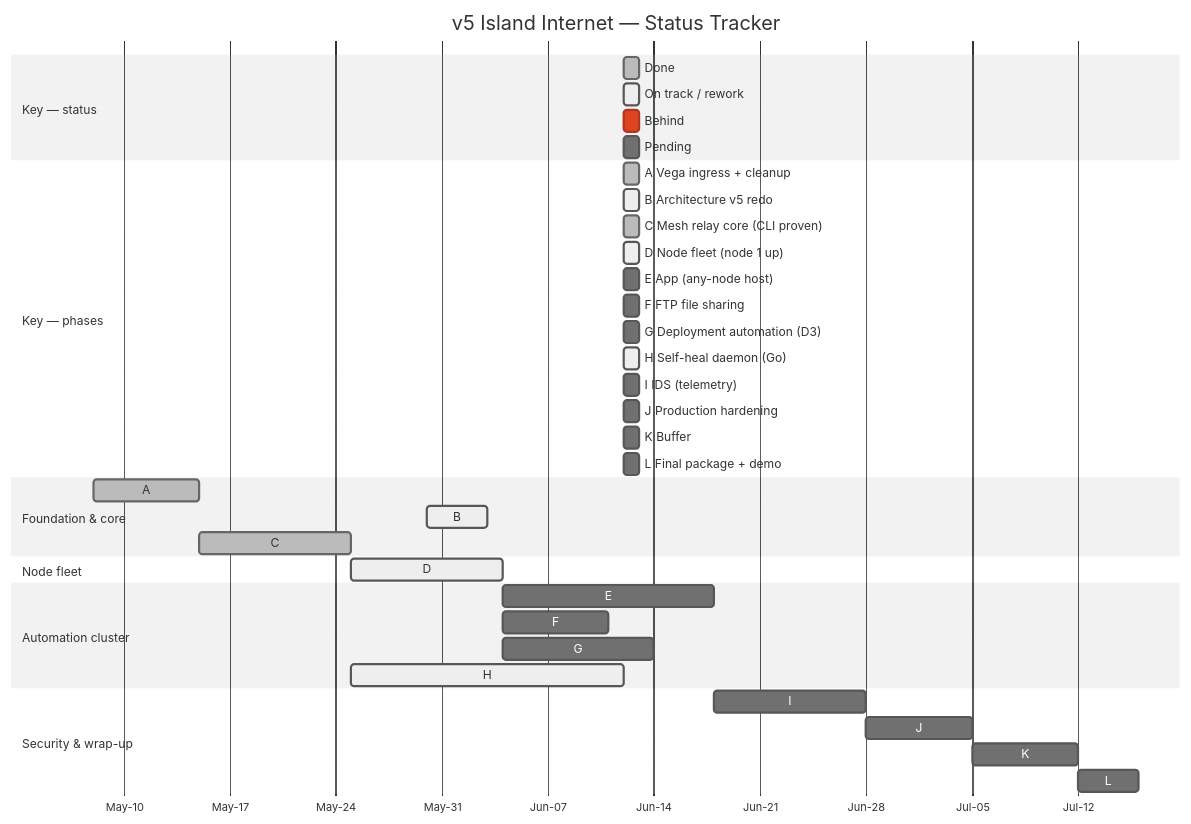
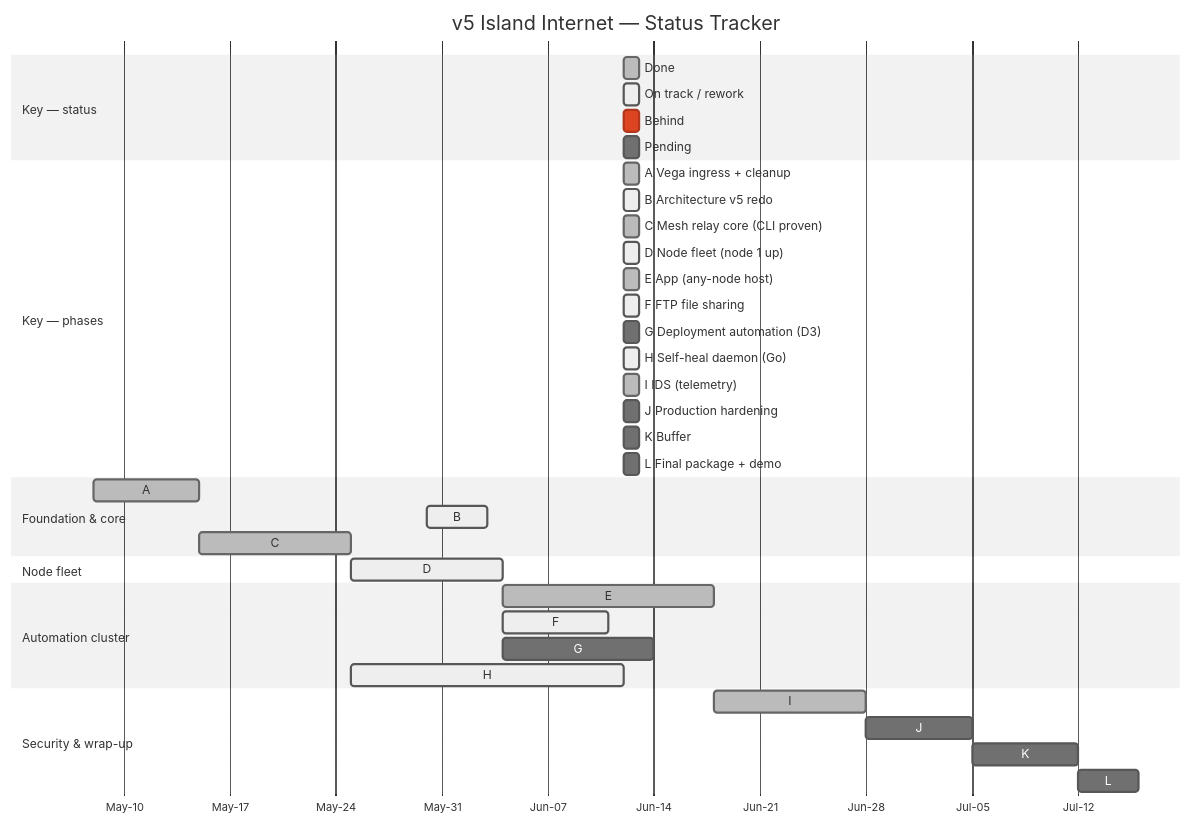
One commit to willcode4jobs/vpn-pi changed the diagram in docs/gannt/pert/gannt_chart.md. Above: the diagram before and after it, drawn with Mermaid (neutral theme).

Commit message:
dox: gantt — mark App (E) + IDS telemetry (I) done, file-sharing (F) active
reflects shipped work: GUI app (files/IDS/jails/view-password, any-node host) and
the IDS mesh telemetry (mesh + fail2ban + attribution, 55 tests, spine proven
vega->polaris) are done; island file sharing delivered via the GUI store (active,
not literal FTP). C (mesh relay core) already done; left B/D/H active and
J/K/L/G pending.

````diff
--- a/docs/gannt/pert/gannt_chart.md
+++ b/docs/gannt/pert/gannt_chart.md
@@ -1,47 +1,47 @@
 ```mermaid
 gantt
     title v5 Island Internet — Status Tracker
     dateFormat YYYY-MM-DD
     axisFormat %b-%d
     todayMarker stroke:#888888,stroke-width:2px,opacity:0.6
 
     section Key — status
     Done               :done,   leg1, 2026-06-12, 1d
     On track / rework  :active, leg2, 2026-06-12, 1d
     Behind             :crit,   leg3, 2026-06-12, 1d
     Pending            :        leg4, 2026-06-12, 1d
 
     section Key — phases
     A  Vega ingress + cleanup        :done,   ka, 2026-06-12, 1d
     B  Architecture v5 redo          :active, kb, 2026-06-12, 1d
     C  Mesh relay core (CLI proven)  :done,   kc, 2026-06-12, 1d
     D  Node fleet (node 1 up)        :active, kd, 2026-06-12, 1d
-    E  App (any-node host)           :        ke, 2026-06-12, 1d
-    F  FTP file sharing              :        kf, 2026-06-12, 1d
+    E  App (any-node host)           :done,   ke, 2026-06-12, 1d
+    F  FTP file sharing              :active, kf, 2026-06-12, 1d
     G  Deployment automation (D3)    :        kg, 2026-06-12, 1d
     H  Self-heal daemon (Go)         :active, kh, 2026-06-12, 1d
-    I  IDS (telemetry)               :        ki, 2026-06-12, 1d
+    I  IDS (telemetry)               :done,   ki, 2026-06-12, 1d
     J  Production hardening          :        kj, 2026-06-12, 1d
     K  Buffer                        :        kk, 2026-06-12, 1d
     L  Final package + demo          :        kl, 2026-06-12, 1d
 
     section Foundation & core
     A :done,   a, 2026-05-08, 7d
     B :active, b, 2026-05-30, 4d
     C :done,   c, after a, 10d
 
     section Node fleet
     D :active, d, after c, 10d
 
     section Automation cluster
-    E :e, after d, 14d
-    F :f, after d, 7d
+    E :done,   e, after d, 14d
+    F :active, f, after d, 7d
     G :g, after d, 10d
     H :active, h, after c, 18d
 
     section Security & wrap-up
-    I :i, after e f g, 10d
+    I :done, i, after e f g, 10d
     J :j, after i h, 7d
     K :k, after j, 7d
     L :l, after k, 4d
 ```
````
